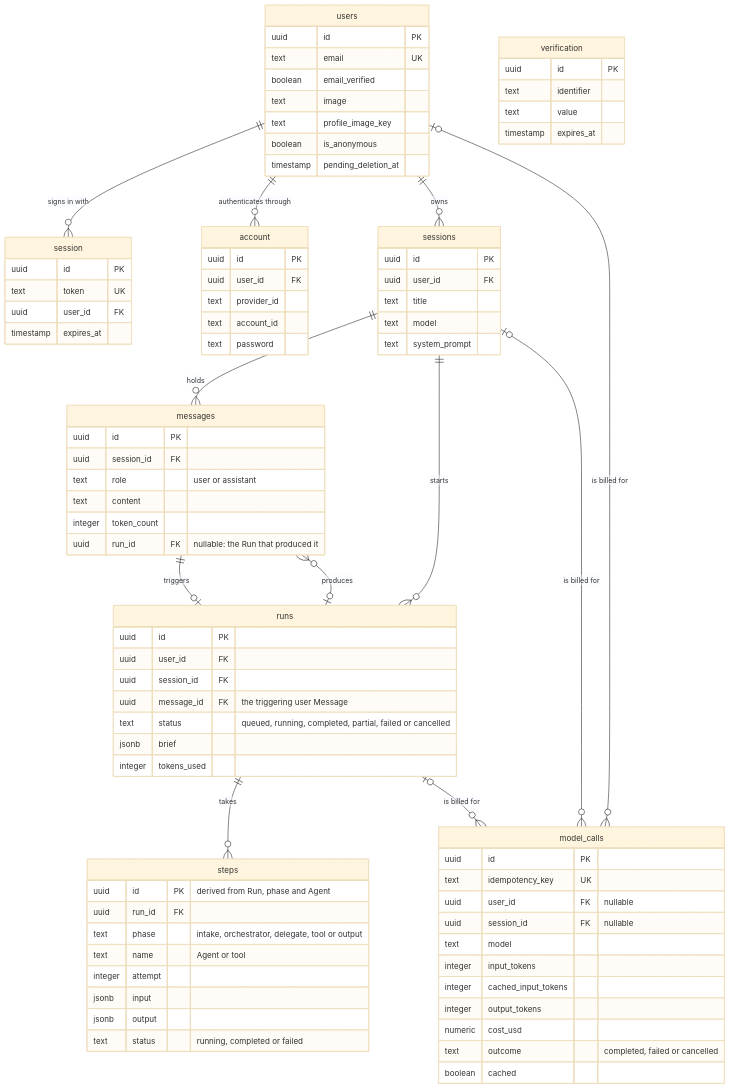
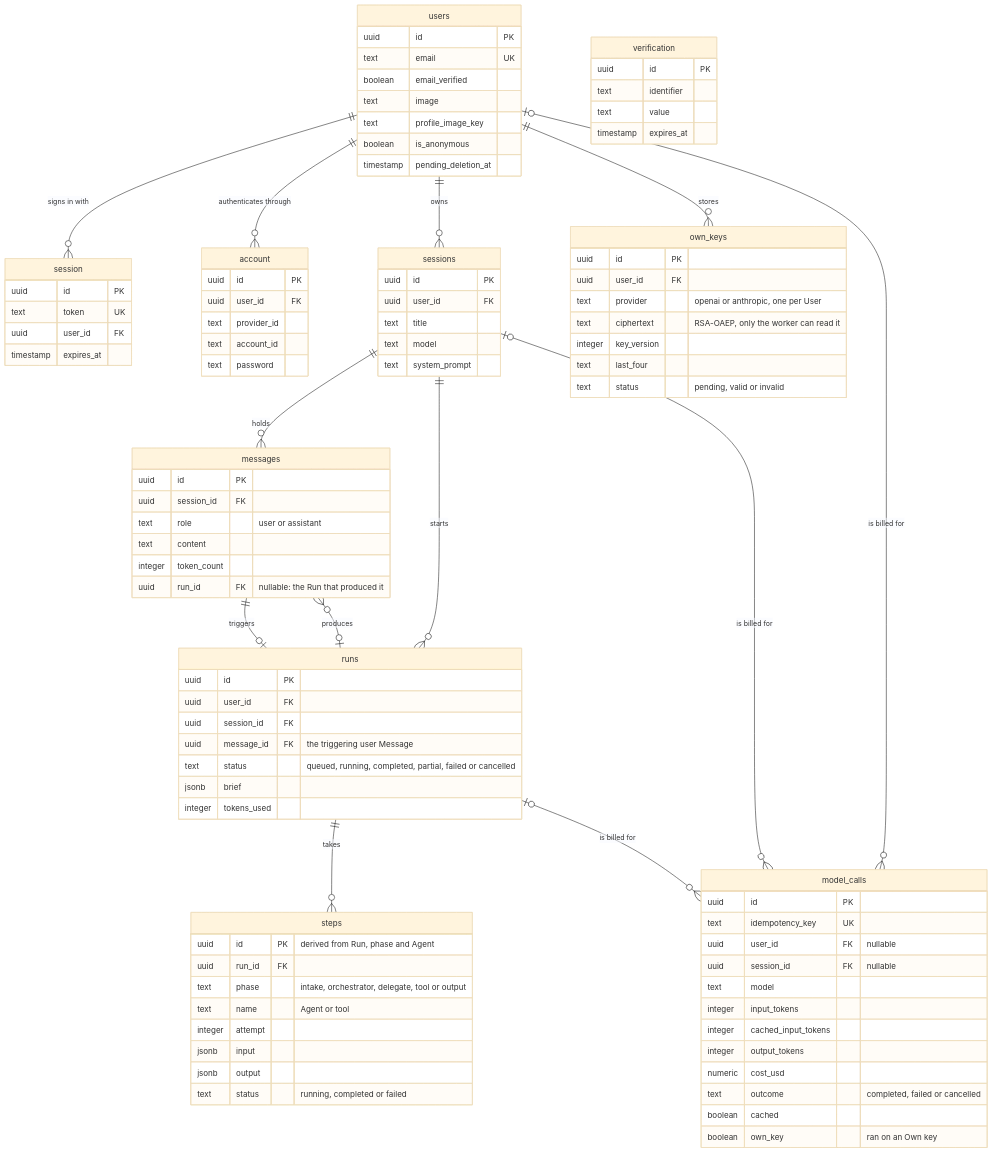
The fifth of 9 diagrams in docs/architecture.md (itsDaiton/nebula-chat), drawn with Mermaid (base theme) before and after one commit. The commit also changed other lines of this file and 60 other files, not shown here.

Commit message:
feat(worker,db,contracts): NEB-822 worker runs on a stored Own key (#940)

````diff
--- a/docs/architecture.md
+++ b/docs/architecture.md
@@ -166,6 +166,7 @@
   messages ||--o| runs : "triggers"
   runs |o--o{ messages : "produces"
   runs ||--o{ steps : "takes"
+  users ||--o{ own_keys : "stores"
   users |o--o{ model_calls : "is billed for"
   sessions |o--o{ model_calls : "is billed for"
   runs |o--o{ model_calls : "is billed for"
@@ -244,5 +245,15 @@
     numeric cost_usd
     text outcome "completed, failed or cancelled"
     boolean cached
+    boolean own_key "ran on an Own key"
+  }
+  own_keys {
+    uuid id PK
+    uuid user_id FK
+    text provider "openai or anthropic, one per User"
+    text ciphertext "RSA-OAEP, only the worker can read it"
+    integer key_version
+    text last_four
+    text status "pending, valid or invalid"
   }
 ```
````
